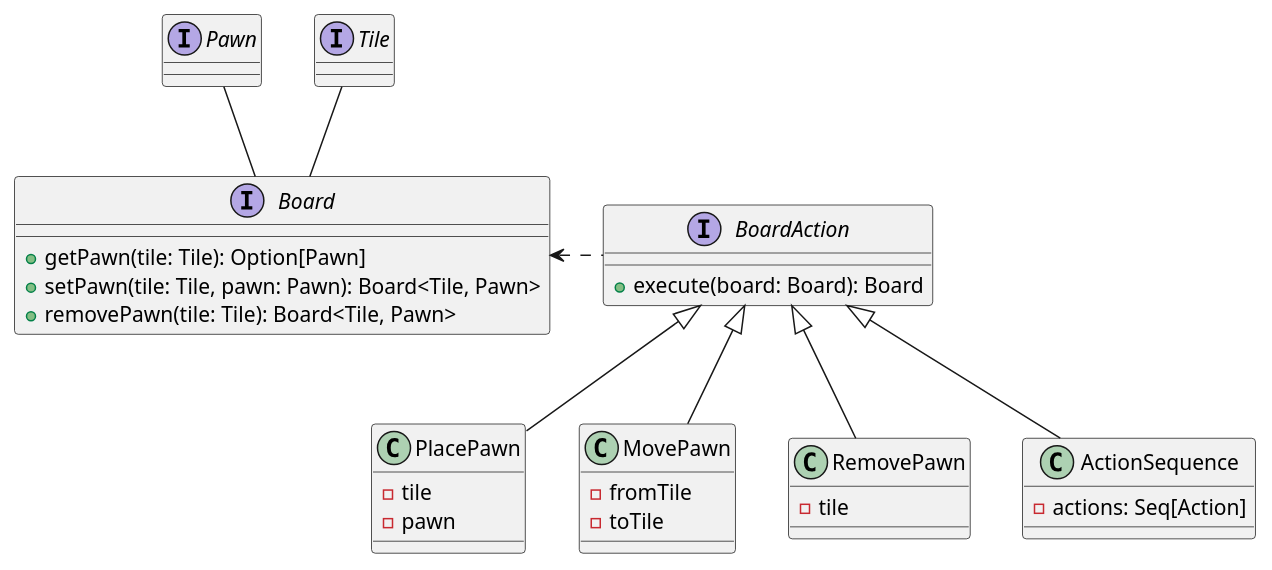
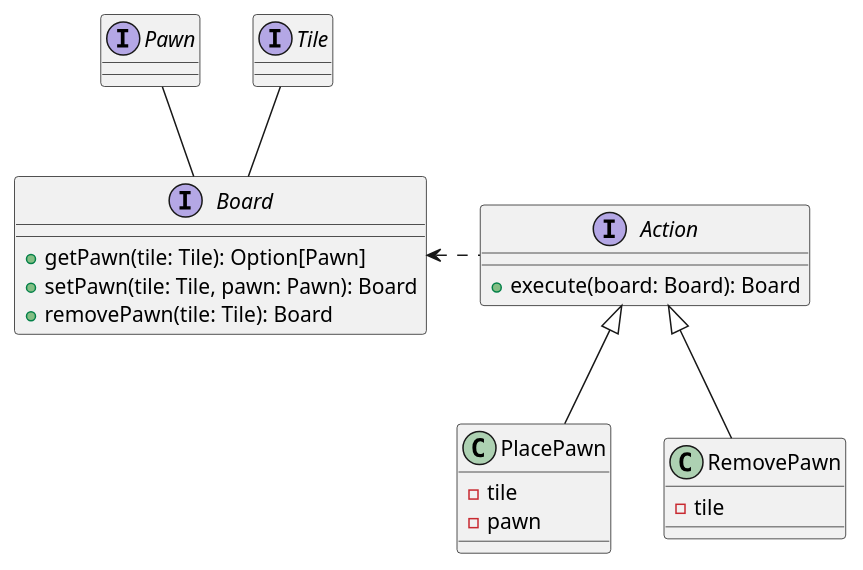
One commit to francescodente/PPS-19-s-bags changed the diagram in doc/modeling/class_diagram.plantuml. Above: the diagram before and after it, drawn with PlantUML. The commit also changed 1 other file, not shown here.

Commit message:
docs: fix uml to match first sprint requirements

```diff
--- a/doc/modeling/class_diagram.plantuml
+++ b/doc/modeling/class_diagram.plantuml
@@ -1,45 +1,34 @@
 @startuml sbags-class
 
 interface Pawn
 
 interface Tile
 
 interface Board {
     +getPawn(tile: Tile): Option[Pawn]
-    +setPawn(tile: Tile, pawn: Pawn): Board<Tile, Pawn>
-    +removePawn(tile: Tile): Board<Tile, Pawn>
+    +setPawn(tile: Tile, pawn: Pawn): Board
+    +removePawn(tile: Tile): Board
 }
 
-interface BoardAction {
+interface Action {
     +execute(board: Board): Board
 }
 
 class PlacePawn {
     -tile
     -pawn
 }
 
-class MovePawn {
-    -fromTile
-    -toTile
-}
-
 class RemovePawn {
     -tile
-}
-
-class ActionSequence {
-    -actions: Seq[Action]
 }
 
 Pawn -- Board
 Tile -- Board
 
-BoardAction <|-- MovePawn
-BoardAction <|-- RemovePawn
-BoardAction <|-- PlacePawn
-BoardAction <|-- ActionSequence
+Action <|-- RemovePawn
+Action <|-- PlacePawn
 
-BoardAction .left.> Board
+Action .left.> Board
 
 @enduml
```
